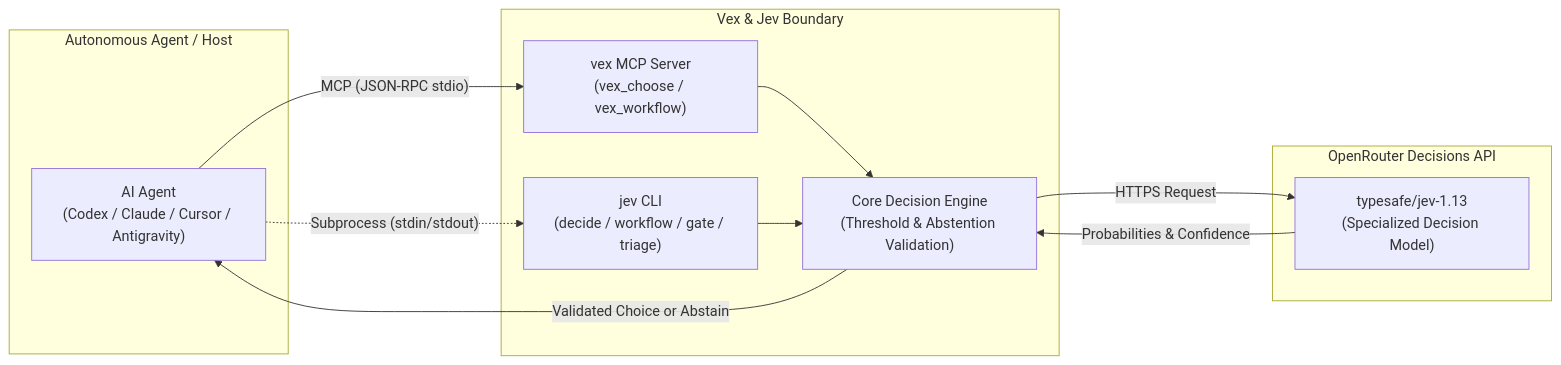
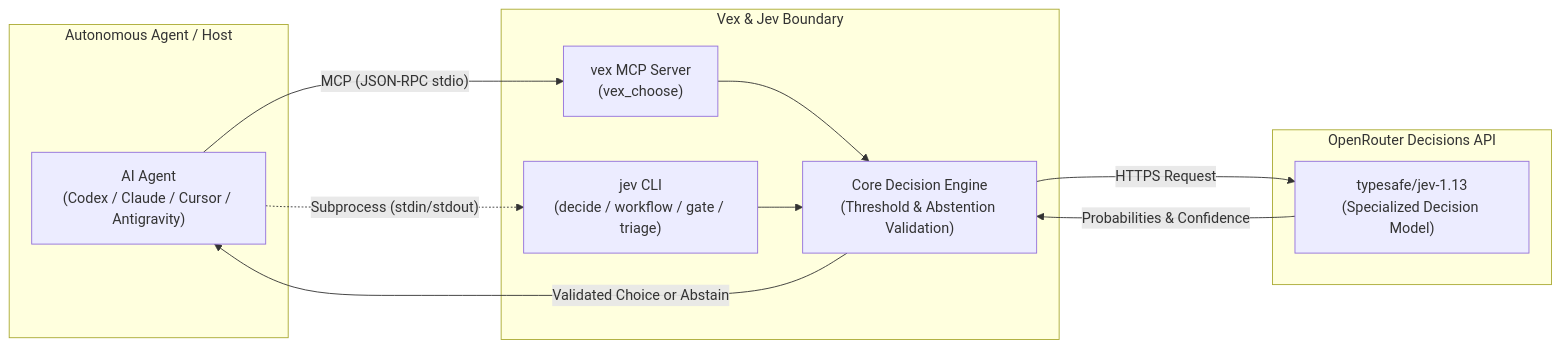
The diagram in README.md (SideArker/Vex), drawn with Mermaid before and after one commit. The commit also changed other lines of this file and 2 other files, not shown here.

Commit message:
docs: align documentation with vex_choose native contract

````diff
--- a/README.md
+++ b/README.md
@@ -30,24 +30,24 @@
 ```mermaid
 flowchart LR
     subgraph AgentRuntime["Autonomous Agent / Host"]
         Agent["AI Agent\n(Codex / Claude / Cursor / Antigravity)"]
     end
 
     subgraph VexPackage["Vex & Jev Boundary"]
-        MCP["vex MCP Server\n(vex_choose / vex_workflow)"]
+        MCP["vex MCP Server\n(vex_choose)"]
         CLI["jev CLI\n(decide / workflow / gate / triage)"]
         Engine["Core Decision Engine\n(Threshold & Abstention Validation)"]
     end
 
     subgraph Remote["OpenRouter Decisions API"]
         JevModel["typesafe/jev-1.13\n(Specialized Decision Model)"]
     end
 
     Agent -->|"MCP (JSON-RPC stdio)"| MCP
     Agent -.->|"Subprocess (stdin/stdout)"| CLI
     MCP --> Engine
     CLI --> Engine
     Engine -->|"HTTPS Request"| JevModel
     JevModel -->|"Probabilities & Confidence"| Engine
     Engine -->|"Validated Choice or Abstain"| Agent
 ```
````
